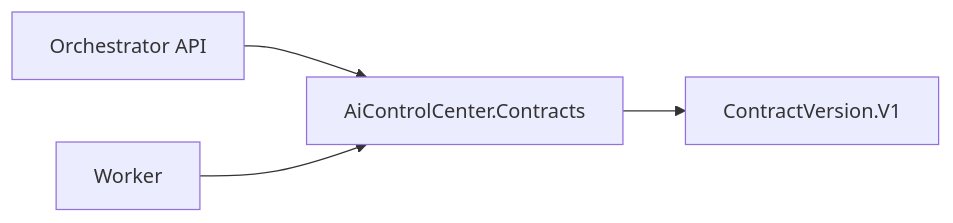
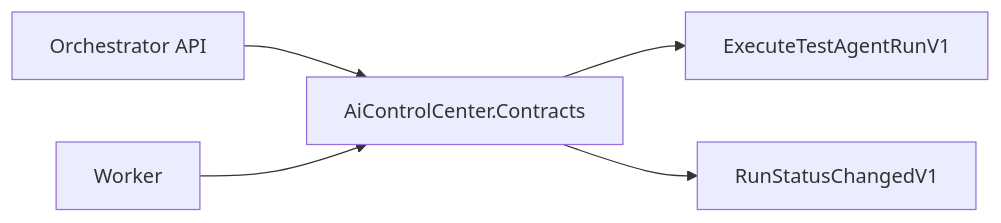
The diagram in src/BuildingBlocks/AiControlCenter.Contracts/README.md (SqeeZarion/AiControlCenter), drawn with Mermaid before and after one commit. The commit also changed other lines of this file and 133 other files, not shown here.

````diff
--- a/src/BuildingBlocks/AiControlCenter.Contracts/README.md
+++ b/src/BuildingBlocks/AiControlCenter.Contracts/README.md
@@ -9,6 +9,7 @@
 ```mermaid
 flowchart LR
     Orchestrator["Orchestrator API"] --> Contracts["AiControlCenter.Contracts"]
     Worker["Worker"] --> Contracts
-    Contracts --> Version["ContractVersion.V1"]
+    Contracts --> Command["ExecuteTestAgentRunV1"]
+    Contracts --> Event["RunStatusChangedV1"]
 ```
````
